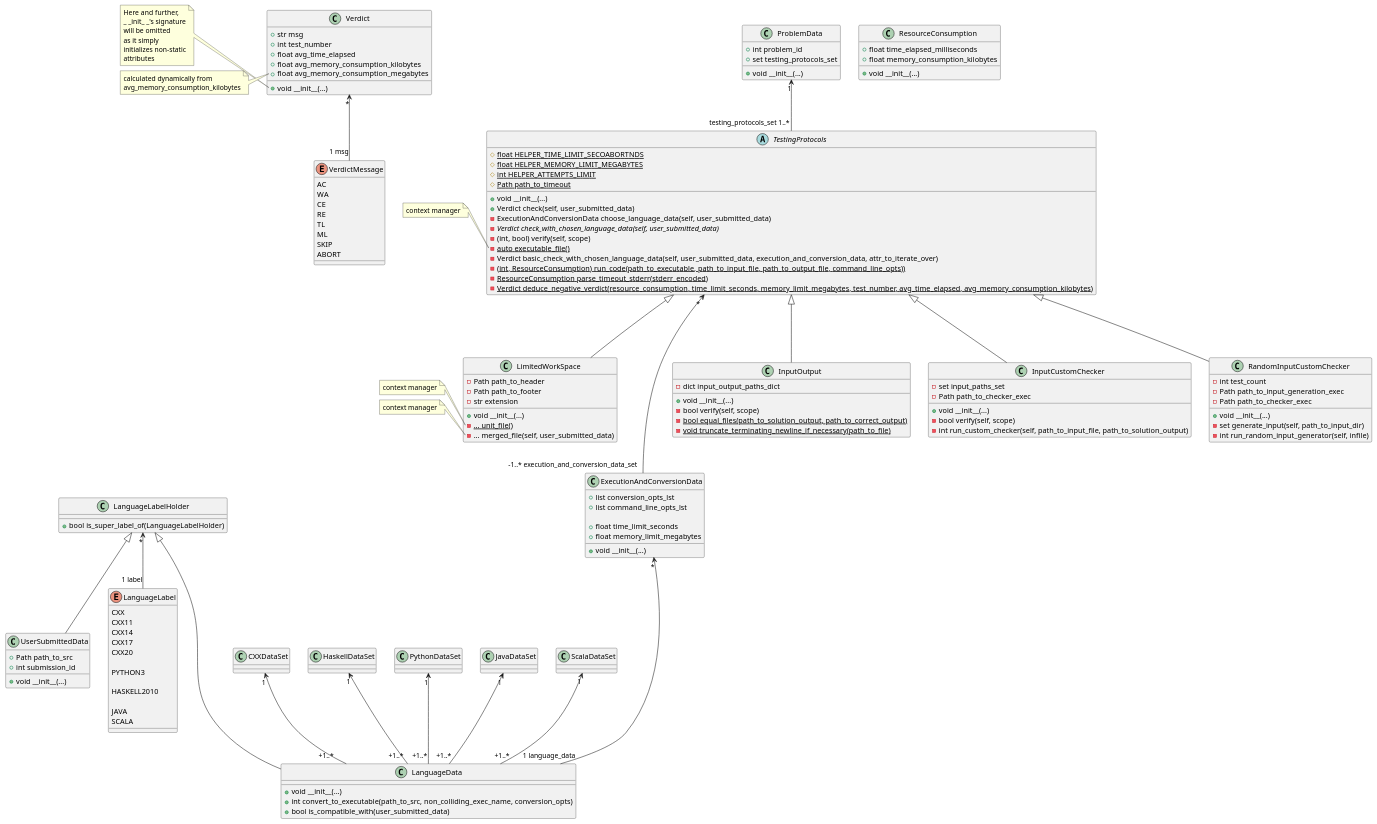
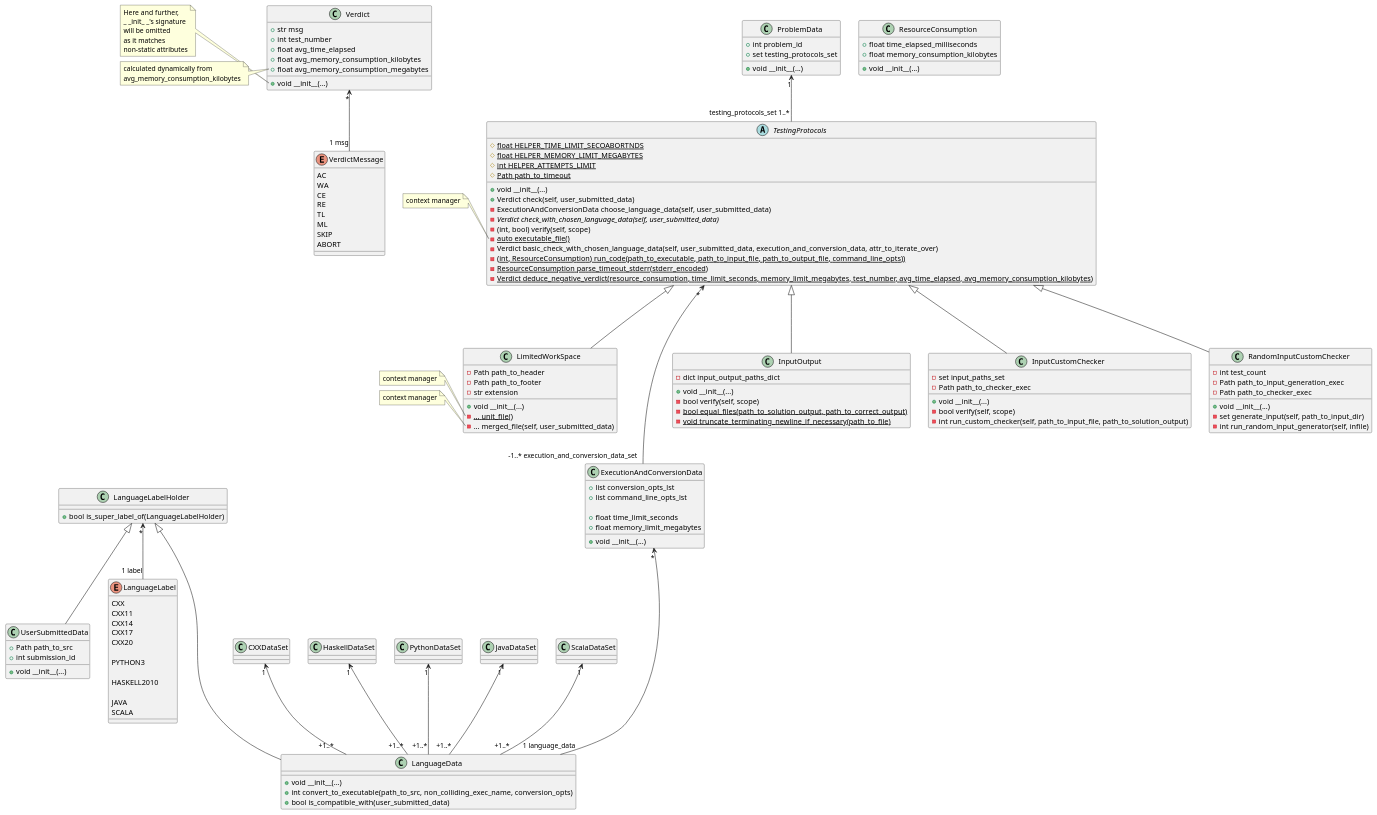
One commit to IgorZhiltsoff/TPy_project changed the diagram in TestingSystem/TestingProtocols/Class_TestingProtocols.puml. Above: the diagram before and after it, drawn with PlantUML. The commit also changed 10 other files, not shown here.

```diff
--- a/TestingSystem/TestingProtocols/Class_TestingProtocols.puml
+++ b/TestingSystem/TestingProtocols/Class_TestingProtocols.puml
@@ -39,9 +39,8 @@
 Here and further,
 _ _init_ _'s signature
 will be omitted
-as it simply
-initializes non-static
-attributes
+as it matches
+non-static attributes
 end note
 note left of Verdict::avg_memory_consumption_megabytes
 calculated dynamically from
```
